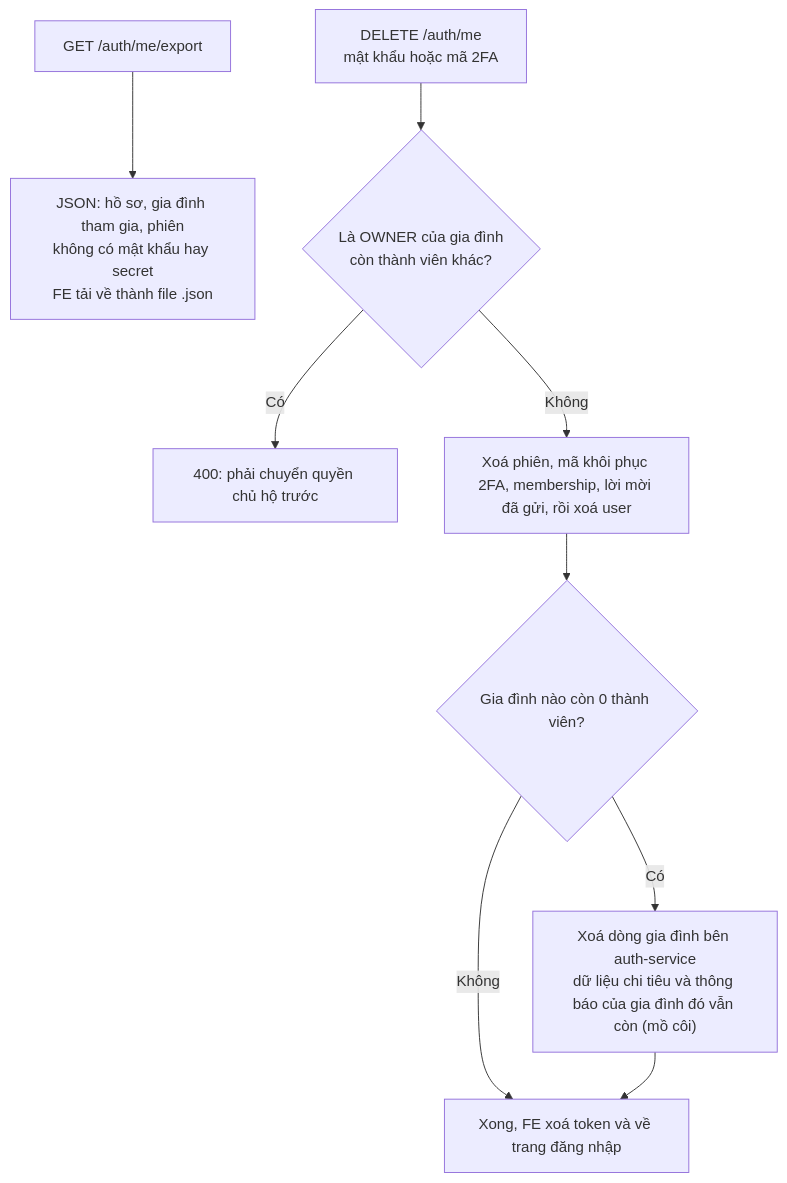
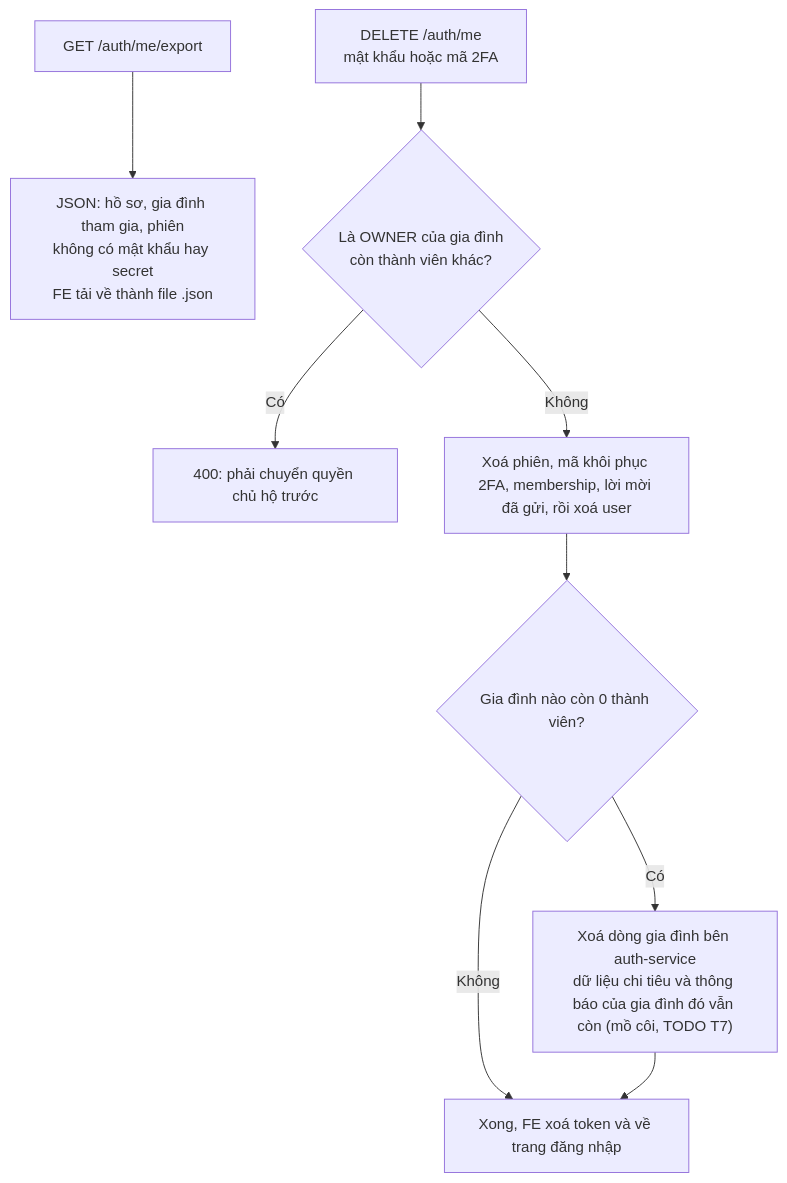
One commit to boyquynhluu/family-expense-manager changed diagram 33 of 41 in README.md. Above: the diagram before and after it, drawn with Mermaid. The commit also changed other lines of this file and 5 other files, not shown here.

````diff
--- a/README.md
+++ b/README.md
@@ -976,12 +1022,12 @@
 ```mermaid
 flowchart TD
     X1["GET /auth/me/export"] --> X2["JSON: hồ sơ, gia đình tham gia, phiên<br/>không có mật khẩu hay secret<br/>FE tải về thành file .json"]
 
     D1["DELETE /auth/me<br/>mật khẩu hoặc mã 2FA"] --> D2{"Là OWNER của gia đình<br/>còn thành viên khác?"}
     D2 -- "Có" --> D3["400: phải chuyển quyền chủ hộ trước"]
     D2 -- "Không" --> D4["Xoá phiên, mã khôi phục 2FA, membership, lời mời đã gửi, rồi xoá user"]
     D4 --> D5{"Gia đình nào còn 0 thành viên?"}
-    D5 -- "Có" --> D6["Xoá dòng gia đình bên auth-service<br/>dữ liệu chi tiêu và thông báo của gia đình đó vẫn còn (mồ côi)"]
+    D5 -- "Có" --> D6["Xoá dòng gia đình bên auth-service<br/>dữ liệu chi tiêu và thông báo của gia đình đó vẫn còn (mồ côi, TODO T7)"]
     D5 -- "Không" --> D7["Xong, FE xoá token và về trang đăng nhập"]
     D6 --> D7
 ```
````
